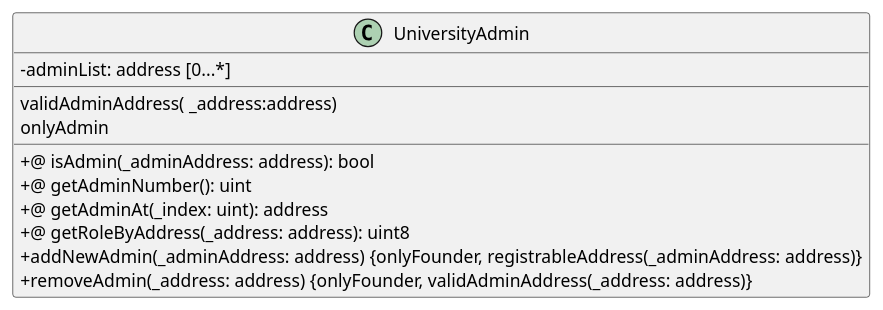
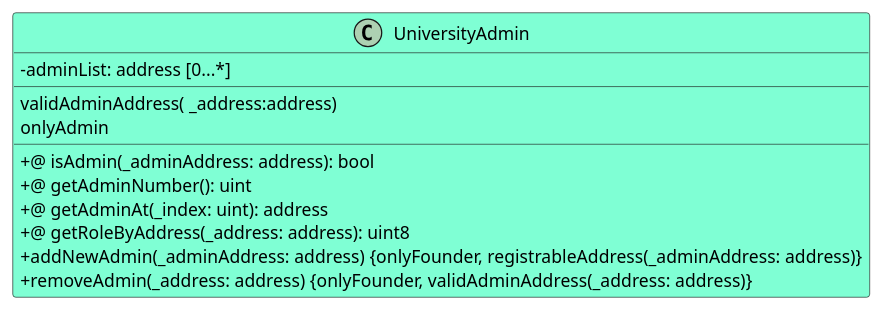
One commit to M9k/Marvin-Uml changed the diagram in Solidity/Contracts/UniversityAdmin.iuml. Above: the diagram before and after it, drawn with PlantUML. The commit also changed 9 other files, not shown here.

```diff
--- a/Solidity/Contracts/UniversityAdmin.iuml
+++ b/Solidity/Contracts/UniversityAdmin.iuml
@@ -1,16 +1,16 @@
 @startuml
 skinparam classAttributeIconSize 0
-class UniversityAdmin {
+class UniversityAdmin #AquaMarine {
 - adminList: address [0...*]
 __
 validAdminAddress( _address:address)
 onlyAdmin
 __
 +@ isAdmin(_adminAddress: address): bool
 +@ getAdminNumber(): uint
 +@ getAdminAt(_index: uint): address
 +@ getRoleByAddress(_address: address): uint8
 + addNewAdmin(_adminAddress: address) {onlyFounder, registrableAddress(_adminAddress: address)}
 + removeAdmin(_address: address) {onlyFounder, validAdminAddress(_address: address)}
 }
 @enduml
```
